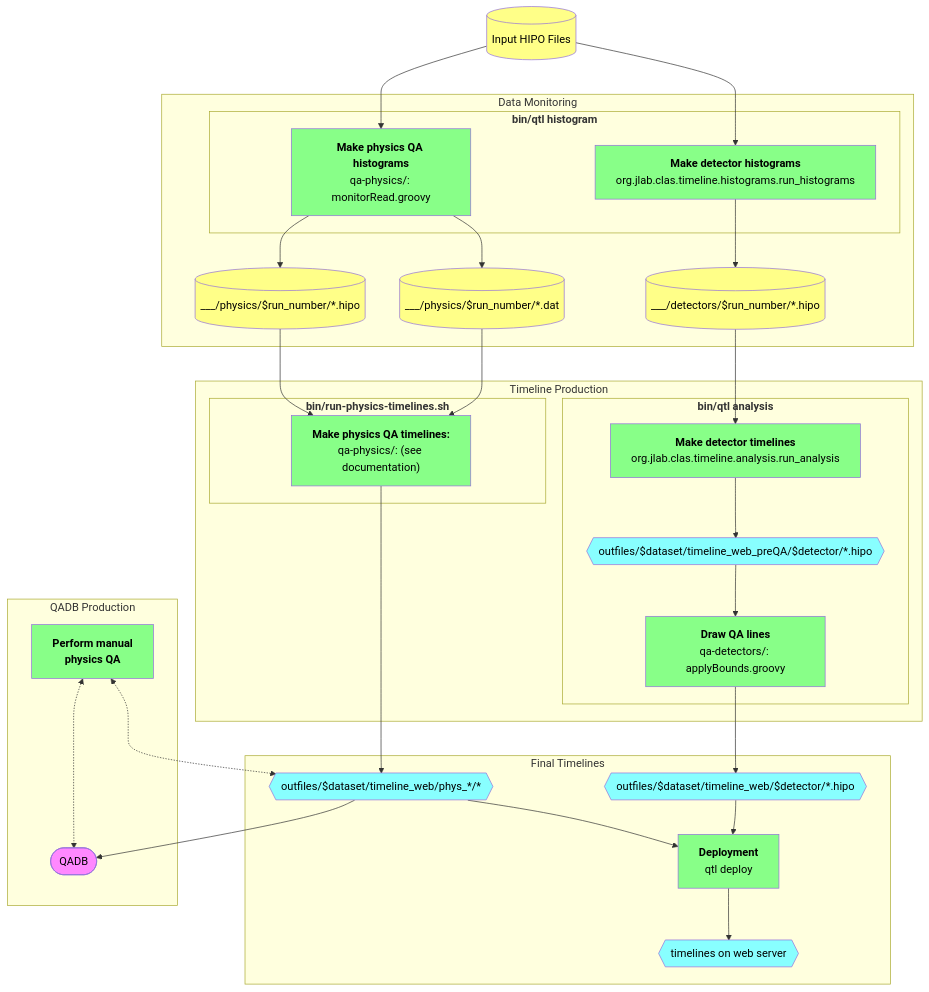
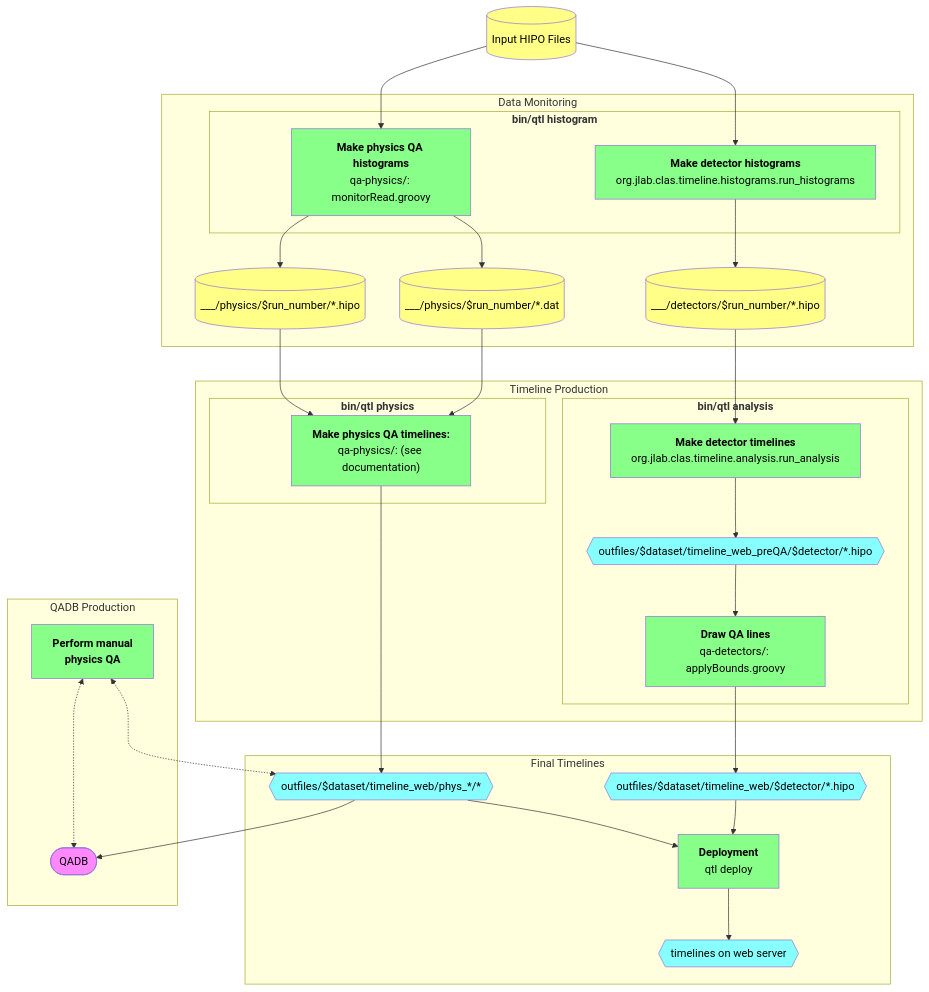
Before and after one commit to JeffersonLab/clas12-timeline: the diagram in doc/dev_notes.md, drawn with Mermaid. The commit also changed other lines of this file and 17 other files, not shown here.

Commit message:
refactor!: run-physics-timelines.sh -> qtl-physics

````diff
--- a/doc/dev_notes.md
+++ b/doc/dev_notes.md
@@ -4,57 +4,57 @@
 ```mermaid
 flowchart TB
 
     classDef proc     fill:#8f8,color:black
     classDef data     fill:#ff8,color:black
     classDef misc     fill:#f8f,color:black
     classDef timeline fill:#8ff,color:black
 
     dst[(Input HIPO Files)]:::data
 
     subgraph Data Monitoring
         subgraph "<strong>bin/qtl histogram</strong>"
             monitorDetectors["<strong>Make detector histograms</strong><br/>org.jlab.clas.timeline.histograms.run_histograms"]:::proc
             monitorPhysics["<strong>Make physics QA histograms</strong><br/>qa-physics/: monitorRead.groovy"]:::proc
         end
         outplots[(___/detectors/$run_number/*.hipo)]:::data
         outdat[(___/physics/$run_number/*.dat)]:::data
         outmon[(___/physics/$run_number/*.hipo)]:::data
     end
     dst --> monitorDetectors
     dst --> monitorPhysics
     monitorDetectors --> outplots
     monitorPhysics   --> outdat
     monitorPhysics   --> outmon
 
     subgraph Timeline Production
         subgraph "<strong>bin/qtl analysis</strong>"
             timelineDetectorsPreQA["<strong>Make detector timelines</strong><br/>org.jlab.clas.timeline.analysis.run_analysis"]:::proc
             outTimelineDetectorsPreQA{{outfiles/$dataset/timeline_web_preQA/$detector/*.hipo}}:::timeline
             timelineDetectors["<strong>Draw QA lines</strong><br/>qa-detectors/: applyBounds.groovy"]:::proc
         end
-        subgraph "<strong>bin/run-physics-timelines.sh</strong>"
+        subgraph "<strong>bin/qtl physics</strong>"
             timelinePhysics["<strong>Make physics QA timelines:</strong><br/>qa-physics/: (see documentation)"]:::proc
         end
     end
     subgraph Final Timelines
         outTimelinePhysics{{outfiles/$dataset/timeline_web/phys_*/*}}:::timeline
         outTimelineDetectors{{outfiles/$dataset/timeline_web/$detector/*.hipo}}:::timeline
         deploy["<strong>Deployment</strong><br/>qtl deploy"]:::proc
         timelineDir{{timelines on web server}}:::timeline
     end
     outplots --> timelineDetectorsPreQA --> outTimelineDetectorsPreQA --> timelineDetectors --> outTimelineDetectors
     outdat   --> timelinePhysics
     outmon   --> timelinePhysics
     timelinePhysics --> outTimelinePhysics
     outTimelineDetectors --> deploy
     outTimelinePhysics   --> deploy
     deploy --> timelineDir
 
     subgraph QADB Production
         qadb([QADB]):::misc
         manualQA[<strong>Perform manual<br/>physics QA</strong>]:::proc
     end
     outTimelinePhysics   --> qadb
     manualQA <-.-> outTimelinePhysics
     manualQA <-.-> qadb
 ```
````
